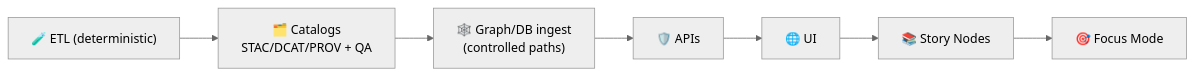
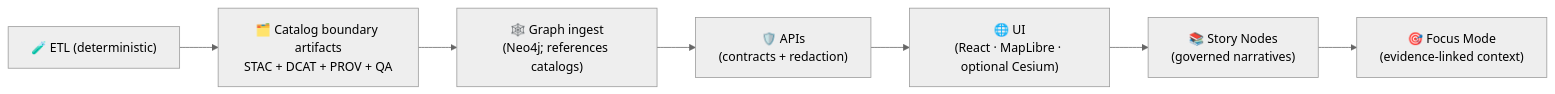
The diagram in tools/README.md (bartytime4life/Kansas-Frontier-Matrix), drawn with Mermaid (neutral theme) before and after one commit. The commit also changed other lines of this file, not shown here.

````diff
--- a/tools/README.md
+++ b/tools/README.md
@@ -80,9 +129,9 @@
 ```mermaid
 flowchart LR
-  A["🧪 ETL (deterministic)"] --> B["🗂️ Catalogs<br/>STAC/DCAT/PROV + QA"]
-  B --> C["🕸️ Graph/DB ingest<br/>(controlled paths)"]
-  C --> D["🛡️ APIs"]
-  D --> E["🌐 UI"]
-  E --> F["📚 Story Nodes"]
-  F --> G["🎯 Focus Mode"]
+  A["🧪 ETL (deterministic)"] --> B["🗂️ Catalog boundary artifacts<br/>STAC + DCAT + PROV + QA"]
+  B --> C["🕸️ Graph ingest<br/>(Neo4j; references catalogs)"]
+  C --> D["🛡️ APIs<br/>(contracts + redaction)"]
+  D --> E["🌐 UI<br/>(React · MapLibre · optional Cesium)"]
+  E --> F["📚 Story Nodes<br/>(governed narratives)"]
+  F --> G["🎯 Focus Mode<br/>(evidence-linked context)"]
 ```
````
